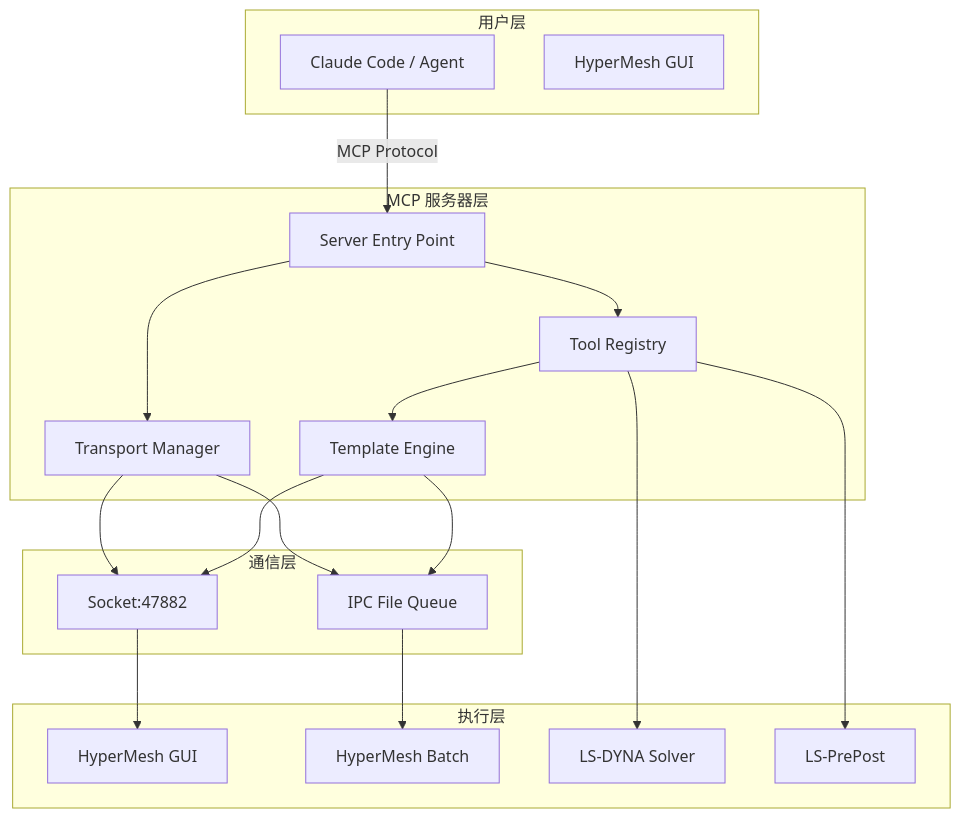
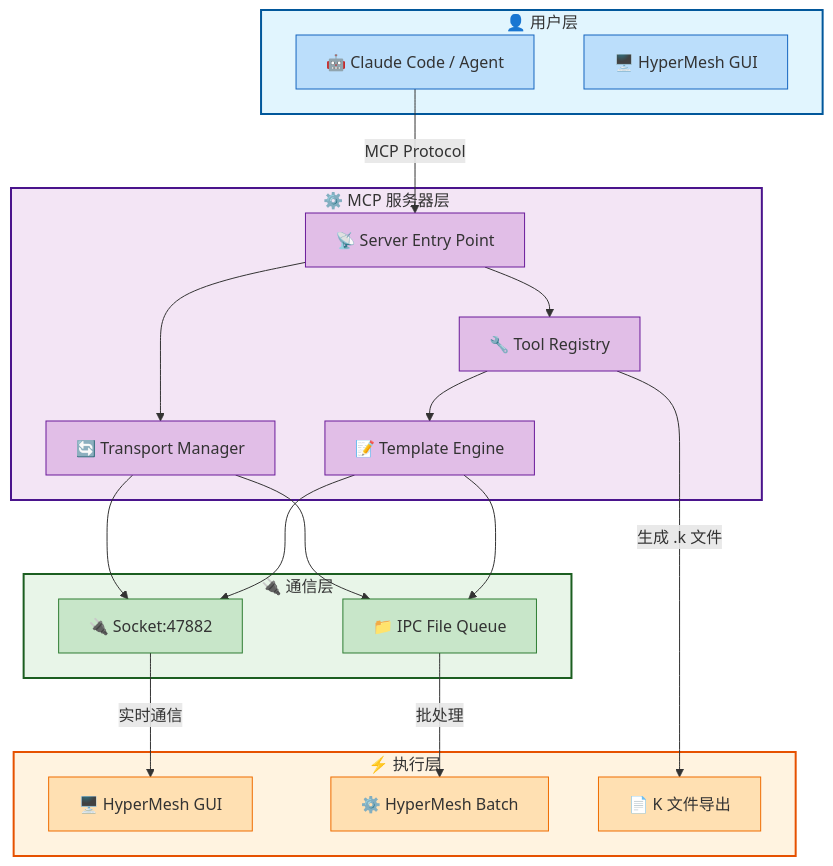
Before and after one commit to yesooner/hyper-dyna-mcp: the second of 2 diagrams in README.md, drawn with Mermaid. The commit also changed other lines of this file and 6 other files, not shown here.

First line of the commit message:
docs: 添加 HyperMesh GUI 使用步骤和美化架构图

````diff
--- a/README.md
+++ b/README.md
@@ -232,39 +264,53 @@
 ```mermaid
 graph TB
-    subgraph "用户层"
-        A[Claude Code / Agent]
-        B[HyperMesh GUI]
+    subgraph User["👤 用户层"]
+        style User fill:#e1f5fe,stroke:#01579b,stroke-width:2px
+        A["🤖 Claude Code / Agent"]
+        B["🖥️ HyperMesh GUI"]
     end
     
-    subgraph "MCP 服务器层"
-        C[Server Entry Point]
-        D[Transport Manager]
-        E[Tool Registry]
-        F[Template Engine]
+    subgraph MCP["⚙️ MCP 服务器层"]
+        style MCP fill:#f3e5f5,stroke:#4a148c,stroke-width:2px
+        C["📡 Server Entry Point"]
+        D["🔄 Transport Manager"]
+        E["🔧 Tool Registry"]
+        F["📝 Template Engine"]
     end
     
-    subgraph "通信层"
-        G[Socket:47882]
-        H[IPC File Queue]
+    subgraph Comm["🔌 通信层"]
+        style Comm fill:#e8f5e8,stroke:#1b5e20,stroke-width:2px
+        G["🔌 Socket:47882"]
+        H["📁 IPC File Queue"]
     end
     
-    subgraph "执行层"
-        J[HyperMesh GUI]
-        K[HyperMesh Batch]
-        L[LS-DYNA Solver]
-        M[LS-PrePost]
+    subgraph Exec["⚡ 执行层"]
+        style Exec fill:#fff3e0,stroke:#e65100,stroke-width:2px
+        J["🖥️ HyperMesh GUI"]
+        K["⚙️ HyperMesh Batch"]
+        L["📄 K 文件导出"]
     end
     
-    A -->|MCP Protocol| C
+    A -->|"MCP Protocol"| C
     C --> D
     D --> G
     D --> H
     C --> E
     E --> F
     F --> G
     F --> H
-    G --> J
-    H --> K
-    E --> L
-    E --> M
+    G -->|"实时通信"| J
+    H -->|"批处理"| K
+    E -->|"生成 .k 文件"| L
+    
+    style A fill:#bbdefb,stroke:#1565c0
+    style B fill:#bbdefb,stroke:#1565c0
+    style C fill:#e1bee7,stroke:#6a1b9a
+    style D fill:#e1bee7,stroke:#6a1b9a
+    style E fill:#e1bee7,stroke:#6a1b9a
+    style F fill:#e1bee7,stroke:#6a1b9a
+    style G fill:#c8e6c9,stroke:#2e7d32
+    style H fill:#c8e6c9,stroke:#2e7d32
+    style J fill:#ffe0b2,stroke:#ef6c00
+    style K fill:#ffe0b2,stroke:#ef6c00
+    style L fill:#ffe0b2,stroke:#ef6c00
 ```
````
